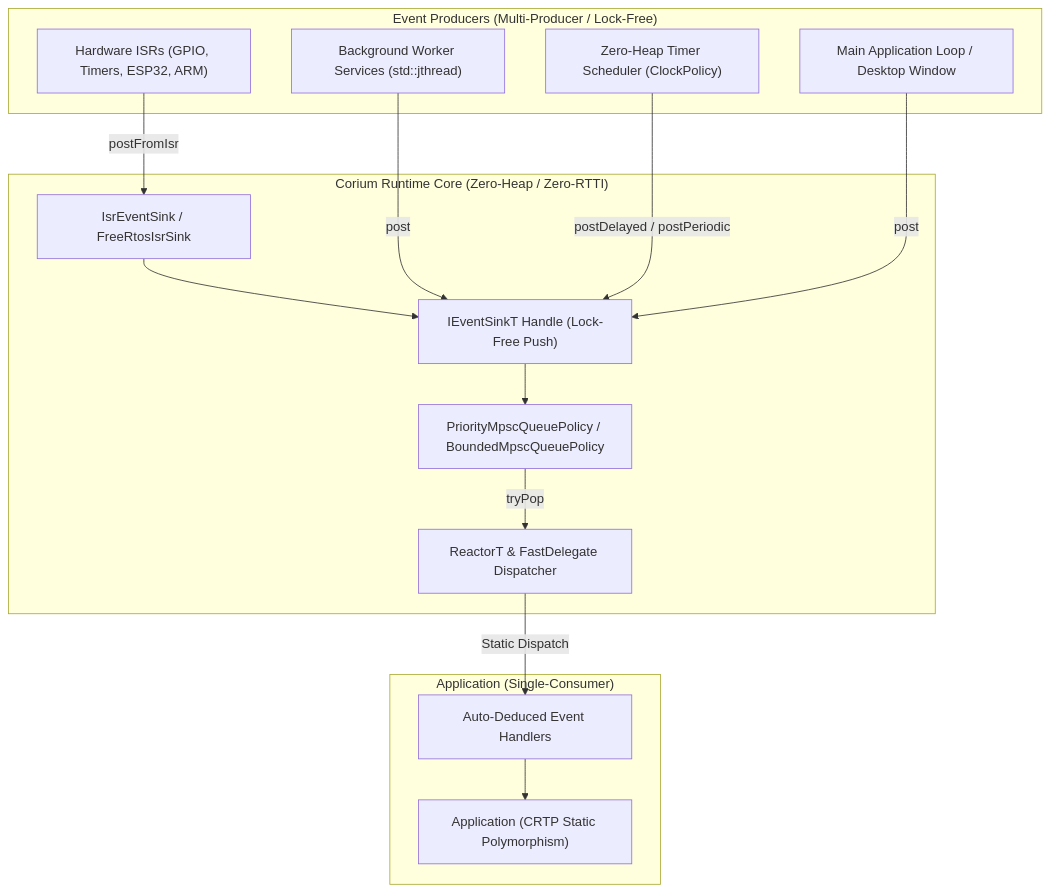
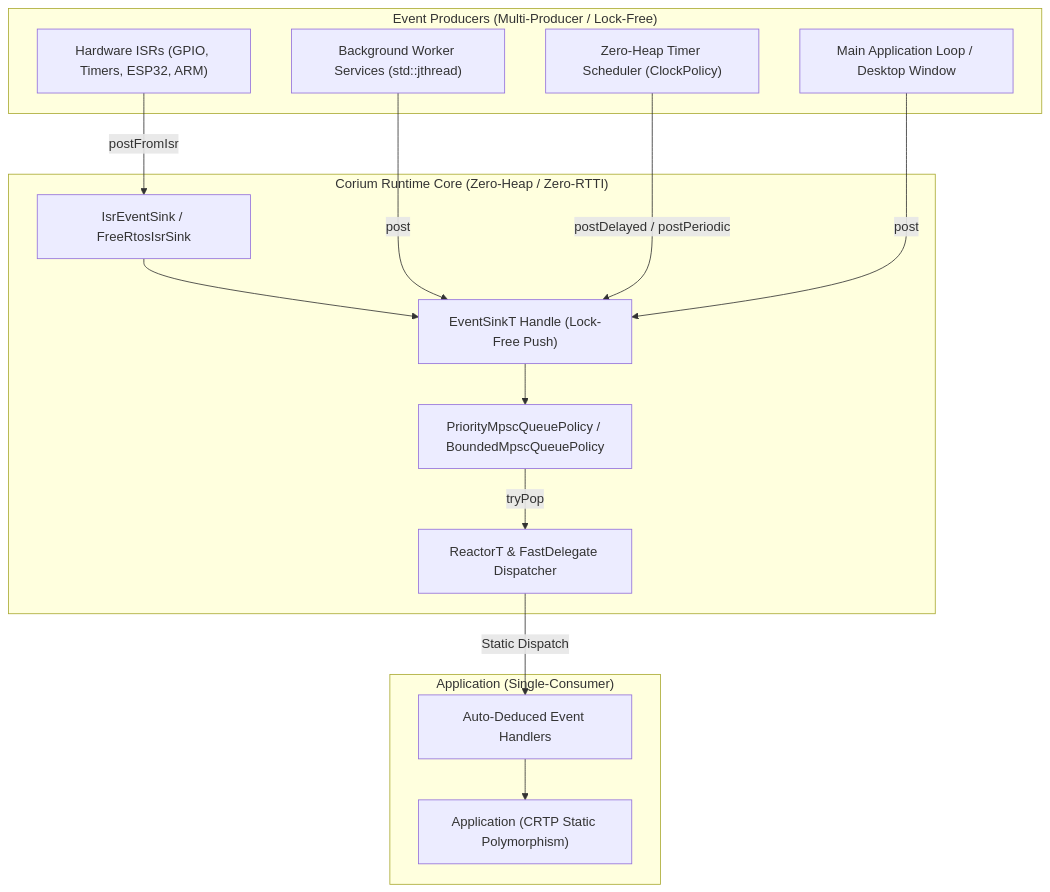
Before and after one commit to simoneCavalleri/corium: the diagram in README.md, drawn with Mermaid. The commit also changed other lines of this file and 11 other files, not shown here.

````diff
--- a/README.md
+++ b/README.md
@@ -23,32 +23,32 @@
 ```mermaid
 flowchart TD
     subgraph Producers ["Event Producers (Multi-Producer / Lock-Free)"]
         ISR["Hardware ISRs (GPIO, Timers, ESP32, ARM)"]
         Thread["Background Worker Services (std::jthread)"]
         Timer["Zero-Heap Timer Scheduler (ClockPolicy)"]
         Main["Main Application Loop / Desktop Window"]
     end
 
     subgraph Corium ["Corium Runtime Core (Zero-Heap / Zero-RTTI)"]
         IsrSink["IsrEventSink / FreeRtosIsrSink"]
-        Sink["IEventSinkT Handle (Lock-Free Push)"]
+        Sink["EventSinkT Handle (Lock-Free Push)"]
         Queue["PriorityMpscQueuePolicy / BoundedMpscQueuePolicy"]
         Reactor["ReactorT & FastDelegate Dispatcher"]
     end
 
     subgraph App ["Application (Single-Consumer)"]
         Core["Application (CRTP Static Polymorphism)"]
         Handlers["Auto-Deduced Event Handlers"]
     end
 
     ISR -->|postFromIsr| IsrSink
     IsrSink --> Sink
     Thread -->|post| Sink
     Timer -->|postDelayed / postPeriodic| Sink
     Main -->|post| Sink
 
     Sink --> Queue
     Queue -->|tryPop| Reactor
     Reactor -->|Static Dispatch| Handlers
     Handlers --> Core
 ```
````
